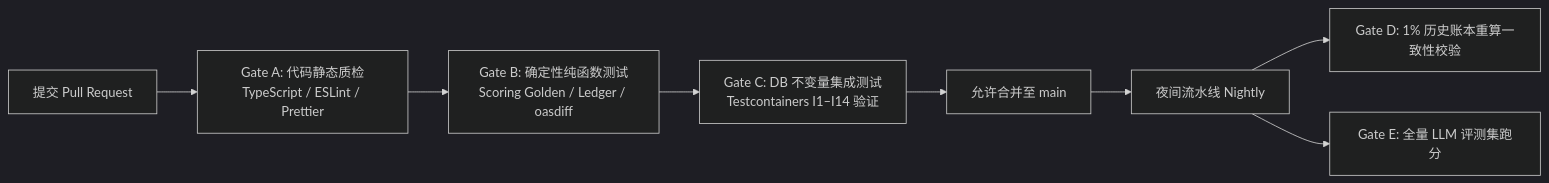
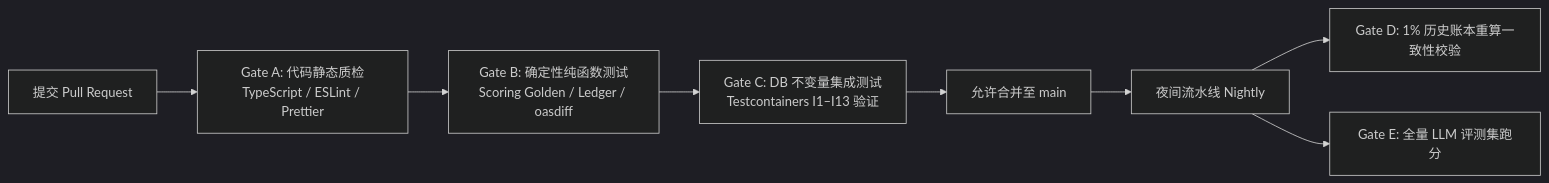
Before and after one commit to 500wango/emeradar: the second of 2 diagrams in docs/18-QA-TEST-STRATEGY.md, drawn with Mermaid (dark theme). The commit also changed other lines of this file and 23 other files, not shown here.

````diff
--- a/docs/18-QA-TEST-STRATEGY.md
+++ b/docs/18-QA-TEST-STRATEGY.md
@@ -191,11 +184,11 @@
 ```mermaid
 flowchart LR
   PR[提交 Pull Request] --> G1[Gate A: 代码静态质检<br/>TypeScript / ESLint / Prettier]
   G1 --> G2[Gate B: 确定性纯函数测试<br/>Scoring Golden / Ledger / oasdiff]
-  G2 --> G3[Gate C: DB 不变量集成测试<br/>Testcontainers I1–I14 验证]
+  G2 --> G3[Gate C: DB 不变量集成测试<br/>Testcontainers I1–I13 验证]
   G3 --> MERGE[允许合并至 main]
 
   MERGE --> NIGHTLY[夜间流水线 Nightly]
   NIGHTLY --> G4[Gate D: 1% 历史账本重算一致性校验]
   NIGHTLY --> G5[Gate E: 全量 LLM 评测集跑分]
 ```
````
